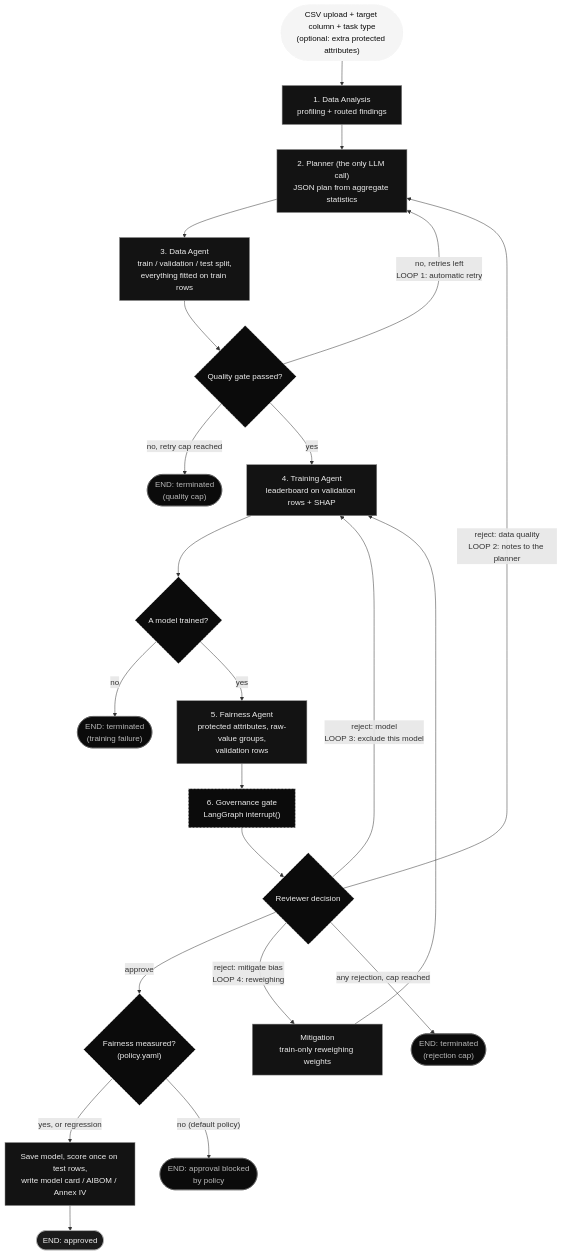
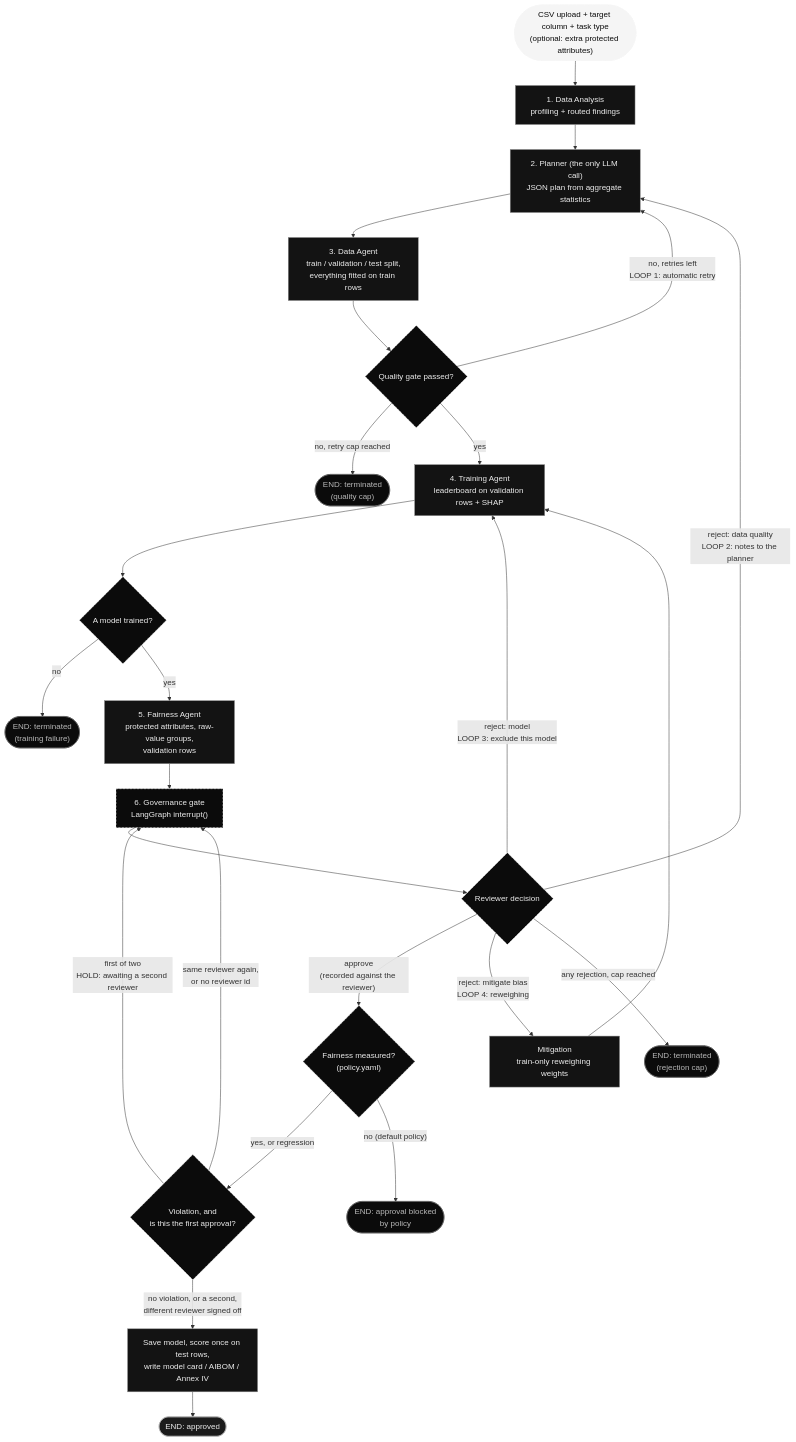
Before and after one commit to chenduran-nag/AegisML: the diagram in README.md, drawn with Mermaid. The commit also changed other lines of this file and 26 other files, not shown here.

First line of the commit message:
Record who approved, and require two reviewers for a violating approval

````diff
--- a/README.md
+++ b/README.md
@@ -29,40 +30,43 @@
 ```mermaid
 flowchart TD
     START(["CSV upload + target column + task type<br/>(optional: extra protected attributes)"]) --> EDA["1. Data Analysis<br/>profiling + routed findings"]
     EDA --> PLAN["2. Planner (the only LLM call)<br/>JSON plan from aggregate statistics"]
     PLAN --> DATA["3. Data Agent<br/>train / validation / test split,<br/>everything fitted on train rows"]
     DATA --> CHECK{"Quality gate passed?"}
 
     CHECK -- "no, retries left<br/>LOOP 1: automatic retry" --> PLAN
     CHECK -- "no, retry cap reached" --> QCAP(["END: terminated<br/>(quality cap)"])
     CHECK -- "yes" --> TRAIN["4. Training Agent<br/>leaderboard on validation rows + SHAP"]
 
     TRAIN --> TRAINED{"A model trained?"}
     TRAINED -- "no" --> TFAIL(["END: terminated<br/>(training failure)"])
     TRAINED -- "yes" --> FAIR["5. Fairness Agent<br/>protected attributes, raw-value groups,<br/>validation rows"]
     FAIR --> GATE["6. Governance gate<br/>LangGraph interrupt()"]
 
     GATE --> DECISION{"Reviewer decision"}
 
-    DECISION -- "approve" --> BLOCK{"Fairness measured?<br/>(policy.yaml)"}
-    BLOCK -- "yes, or regression" --> SAVE["Save model, score once on test rows,<br/>write model card / AIBOM / Annex IV"]
+    DECISION -- "approve<br/>(recorded against the reviewer)" --> BLOCK{"Fairness measured?<br/>(policy.yaml)"}
+    BLOCK -- "yes, or regression" --> SIGN{"Violation, and<br/>is this the first approval?"}
+    BLOCK -- "no (default policy)" --> BLOCKED(["END: approval blocked<br/>by policy"])
+    SIGN -- "first of two<br/>HOLD: awaiting a second reviewer" --> GATE
+    SIGN -- "same reviewer again,<br/>or no reviewer id" --> GATE
+    SIGN -- "no violation, or a second,<br/>different reviewer signed off" --> SAVE["Save model, score once on test rows,<br/>write model card / AIBOM / Annex IV"]
     SAVE --> DONE(["END: approved"])
-    BLOCK -- "no (default policy)" --> BLOCKED(["END: approval blocked<br/>by policy"])
     DECISION -- "reject: data quality<br/>LOOP 2: notes to the planner" --> PLAN
     DECISION -- "reject: model<br/>LOOP 3: exclude this model" --> TRAIN
     DECISION -- "reject: mitigate bias<br/>LOOP 4: reweighing" --> MIT["Mitigation<br/>train-only reweighing weights"]
     MIT --> TRAIN
     DECISION -- "any rejection, cap reached" --> HCAP(["END: terminated<br/>(rejection cap)"])
 
     classDef startNode fill:#f5f5f5,stroke:#f5f5f5,color:#0b0b0b;
     classDef agentNode fill:#131313,stroke:#8a8a8a,color:#ededed;
     classDef gateNode fill:#0b0b0b,stroke:#f5f5f5,stroke-dasharray:4 3,color:#ededed;
     classDef endNode fill:#1b1b1b,stroke:#b8b8b8,color:#ededed;
     classDef stopNode fill:#0b0b0b,stroke:#5e5e5e,color:#b8b8b8;
 
     class START startNode;
     class EDA,PLAN,DATA,TRAIN,FAIR,MIT,SAVE agentNode;
-    class GATE,CHECK,TRAINED,DECISION,BLOCK gateNode;
+    class GATE,CHECK,TRAINED,DECISION,BLOCK,SIGN gateNode;
     class DONE endNode;
     class QCAP,TFAIL,HCAP,BLOCKED stopNode;
 ```
````
